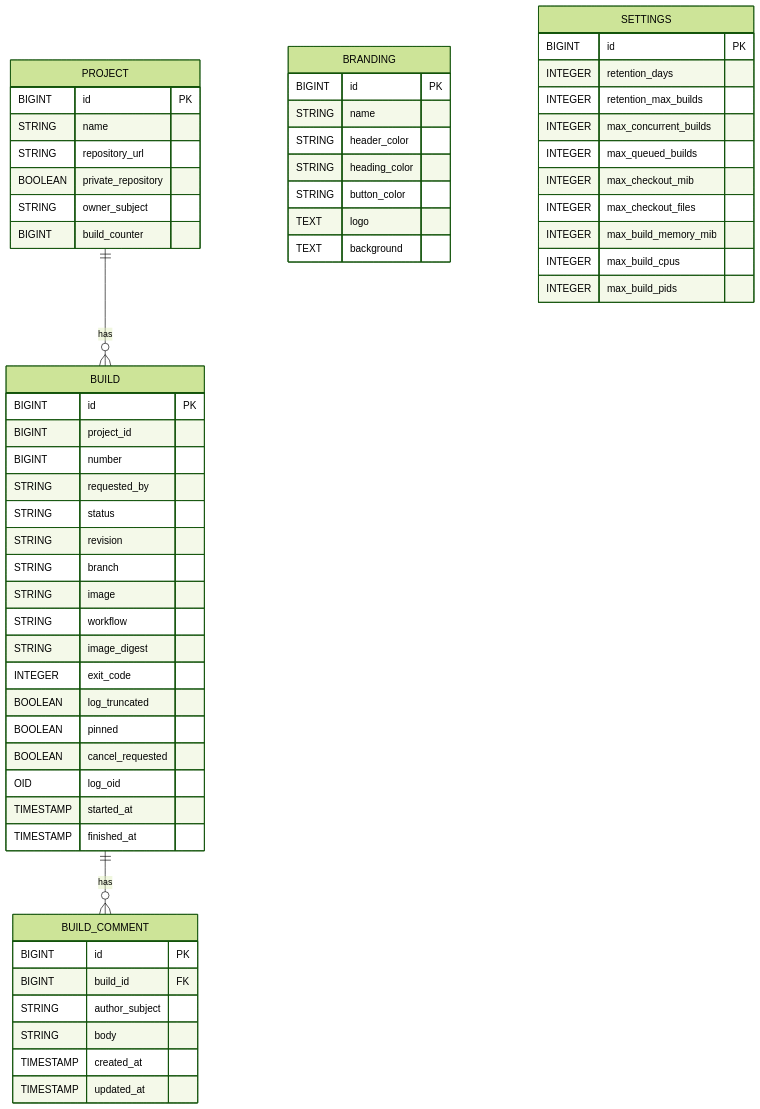
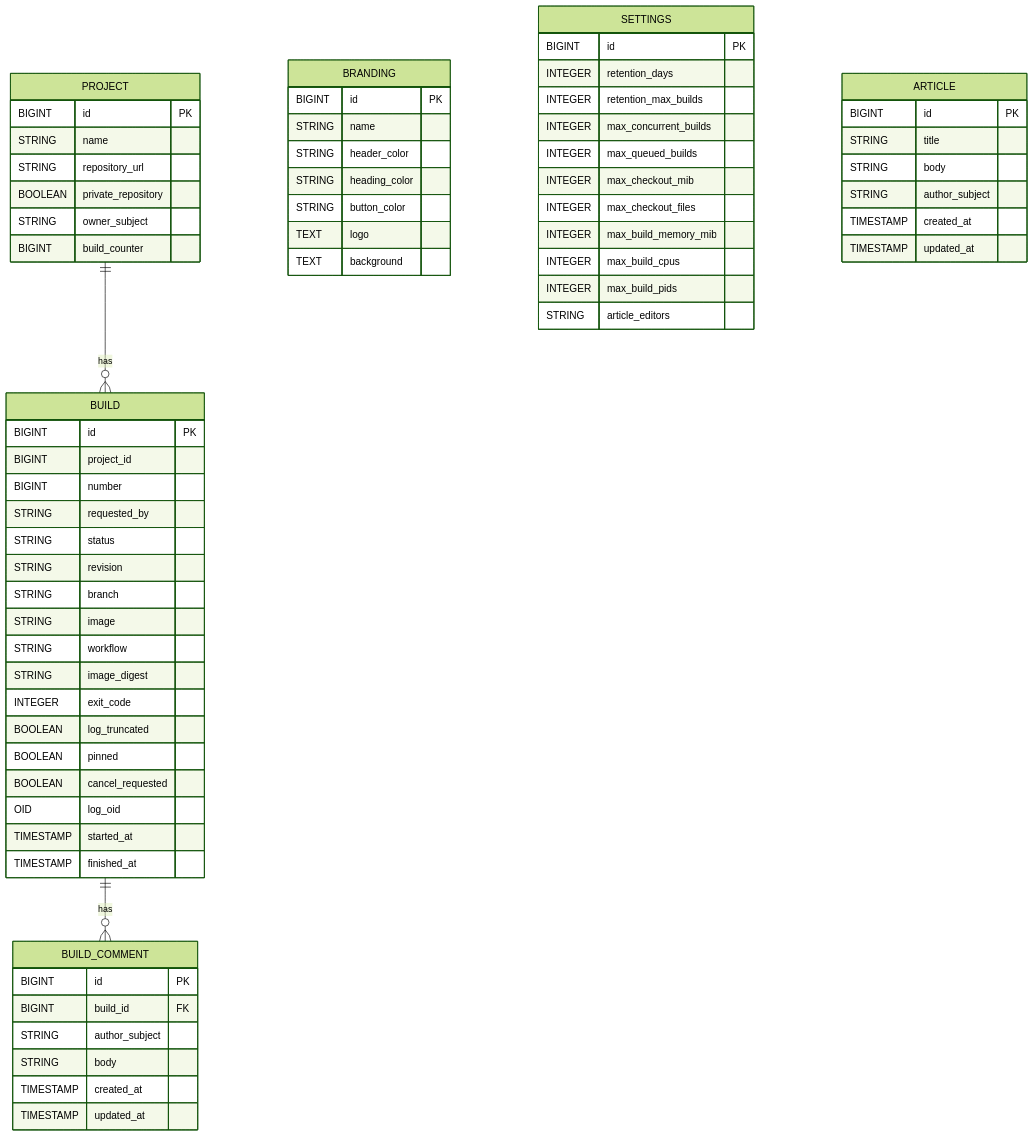
One commit to Mohamed-Alkafory/cisys changed the diagram in docs/manual/en/72-architecture.md. Above: the diagram before and after it, drawn with Mermaid (forest theme). The commit also changed other lines of this file and 27 other files, not shown here.

````diff
--- a/docs/manual/en/72-architecture.md
+++ b/docs/manual/en/72-architecture.md
@@ -32,66 +32,76 @@
 ```mermaid
 erDiagram
     PROJECT {
         BIGINT id PK
         STRING name
         STRING repository_url
         BOOLEAN private_repository
         STRING owner_subject
         BIGINT build_counter
     }
 
     BUILD {
         BIGINT id PK
         BIGINT project_id
         BIGINT number
         STRING requested_by
         STRING status
         STRING revision
         STRING branch
         STRING image
         STRING workflow
         STRING image_digest
         INTEGER exit_code
         BOOLEAN log_truncated
         BOOLEAN pinned
         BOOLEAN cancel_requested
         OID log_oid
         TIMESTAMP started_at
         TIMESTAMP finished_at
     }
 
     BRANDING {
         BIGINT id PK
         STRING name
         STRING header_color
         STRING heading_color
         STRING button_color
         TEXT logo
         TEXT background
     }
 
     SETTINGS {
         BIGINT id PK
         INTEGER retention_days
         INTEGER retention_max_builds
         INTEGER max_concurrent_builds
         INTEGER max_queued_builds
         INTEGER max_checkout_mib
         INTEGER max_checkout_files
         INTEGER max_build_memory_mib
         INTEGER max_build_cpus
         INTEGER max_build_pids
+        STRING article_editors
     }
 
     BUILD_COMMENT {
         BIGINT id PK
         BIGINT build_id FK
         STRING author_subject
         STRING body
         TIMESTAMP created_at
         TIMESTAMP updated_at
     }
 
+    ARTICLE {
+        BIGINT id PK
+        STRING title
+        STRING body
+        STRING author_subject
+        TIMESTAMP created_at
+        TIMESTAMP updated_at
+    }
+
     PROJECT ||--o{ BUILD : has
     BUILD ||--o{ BUILD_COMMENT : has
 ```
````
